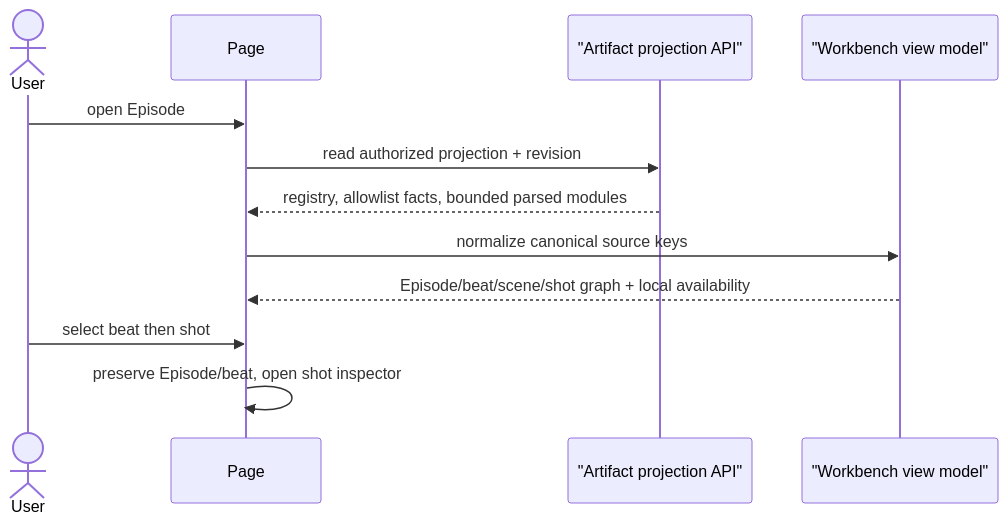
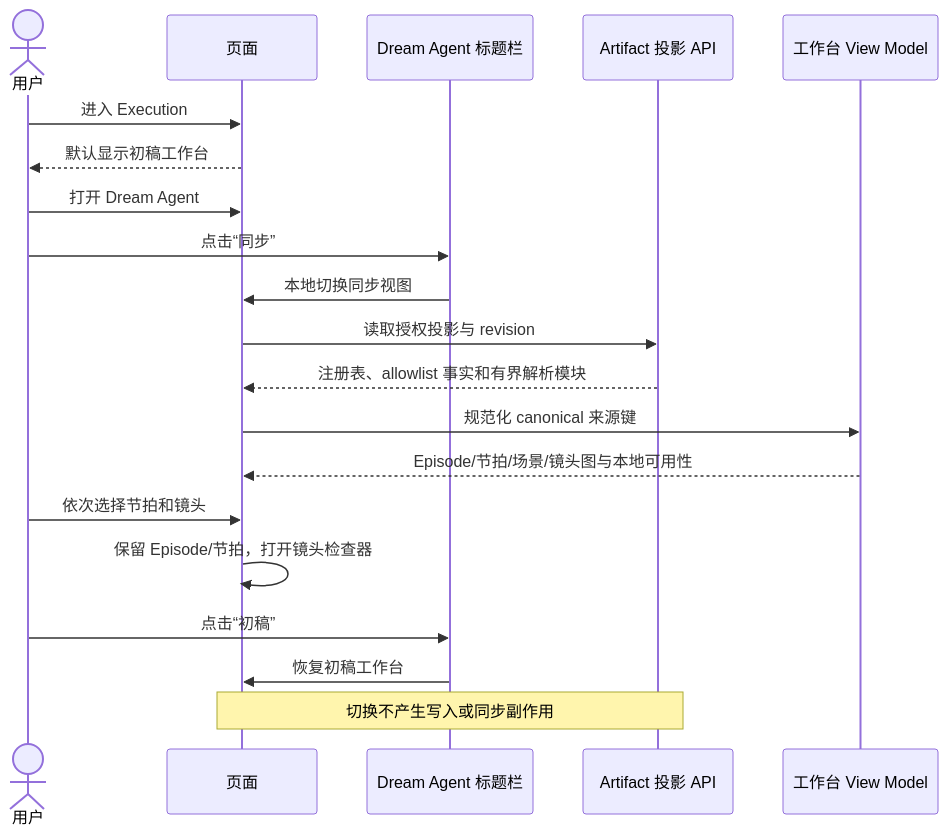
One commit to glide-the/im-dream changed the diagram in docs/design/story-workspace/project-and-episode-workbench.md. Above: the diagram before and after it, drawn with Mermaid. The commit also changed other lines of this file and 28 other files, not shown here.

Commit message:
feat: streamline Dream execution workbench

````diff
--- a/docs/design/story-workspace/project-and-episode-workbench.md
+++ b/docs/design/story-workspace/project-and-episode-workbench.md
@@ -31,15 +39,23 @@
 ```mermaid
 sequenceDiagram
-    actor User
-    participant Page
-    participant API as "Artifact projection API"
-    participant VM as "Workbench view model"
+    actor U as 用户
+    participant P as 页面
+    participant D as Dream Agent 标题栏
+    participant API as Artifact 投影 API
+    participant VM as 工作台 View Model
 
-    User->>Page: open Episode
-    Page->>API: read authorized projection + revision
-    API-->>Page: registry, allowlist facts, bounded parsed modules
-    Page->>VM: normalize canonical source keys
-    VM-->>Page: Episode/beat/scene/shot graph + local availability
-    User->>Page: select beat then shot
-    Page->>Page: preserve Episode/beat, open shot inspector
+    U->>P: 进入 Execution
+    P-->>U: 默认显示初稿工作台
+    U->>P: 打开 Dream Agent
+    U->>D: 点击“同步”
+    D->>P: 本地切换同步视图
+    P->>API: 读取授权投影与 revision
+    API-->>P: 注册表、allowlist 事实和有界解析模块
+    P->>VM: 规范化 canonical 来源键
+    VM-->>P: Episode/节拍/场景/镜头图与本地可用性
+    U->>P: 依次选择节拍和镜头
+    P->>P: 保留 Episode/节拍，打开镜头检查器
+    U->>D: 点击“初稿”
+    D->>P: 恢复初稿工作台
+    Note over P,API: 切换不产生写入或同步副作用
 ```
````
